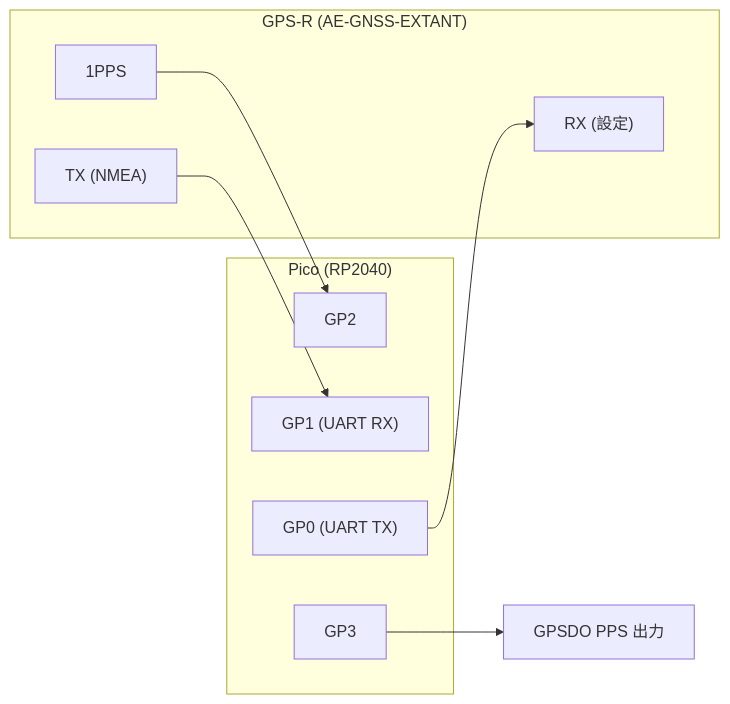
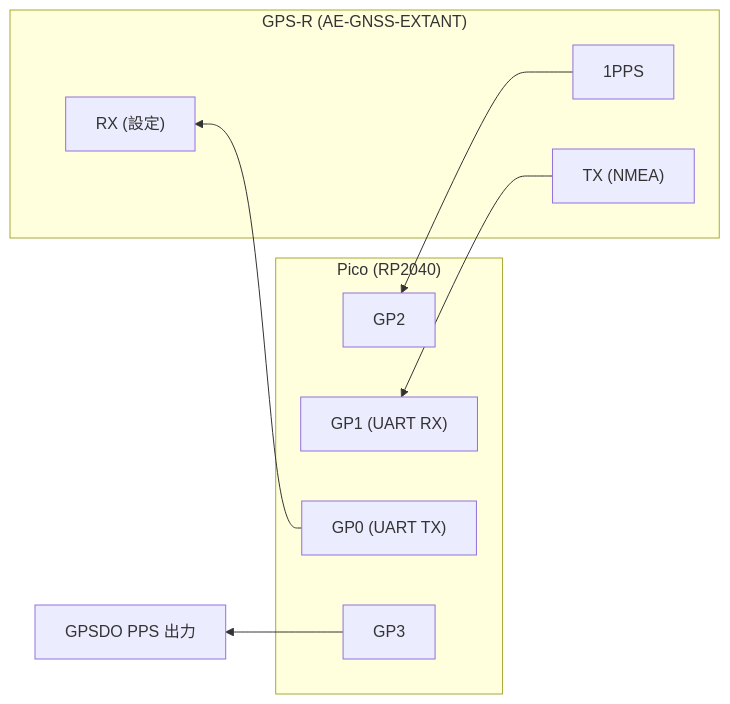
The first of 3 diagrams in docs/report/precision-ladder/README.md (sksat/pico-gnss), drawn with Mermaid before and after one commit. The commit also changed other lines of this file and 2 other files, not shown here.

First line of the commit message:
docs: 構成図を Pico 左に反転 + loopback 入り構成図を追加 + 細部修正

````diff
--- a/docs/report/precision-ladder/README.md
+++ b/docs/report/precision-ladder/README.md
@@ -8,18 +8,18 @@
 ```mermaid
-flowchart LR
+flowchart RL
   subgraph GPSR["GPS-R (AE-GNSS-EXTANT)"]
     R_PPS["1PPS"]
     R_TX["TX (NMEA)"]
     R_RX["RX (設定)"]
   end
   subgraph PICO["Pico (RP2040)"]
     P_G2["GP2"]
     P_G1["GP1 (UART RX)"]
     P_G0["GP0 (UART TX)"]
     P_G3["GP3"]
   end
   R_PPS --> P_G2
   R_TX --> P_G1
   P_G0 --> R_RX
   P_G3 --> OUT["GPSDO PPS 出力"]
 ```
````
